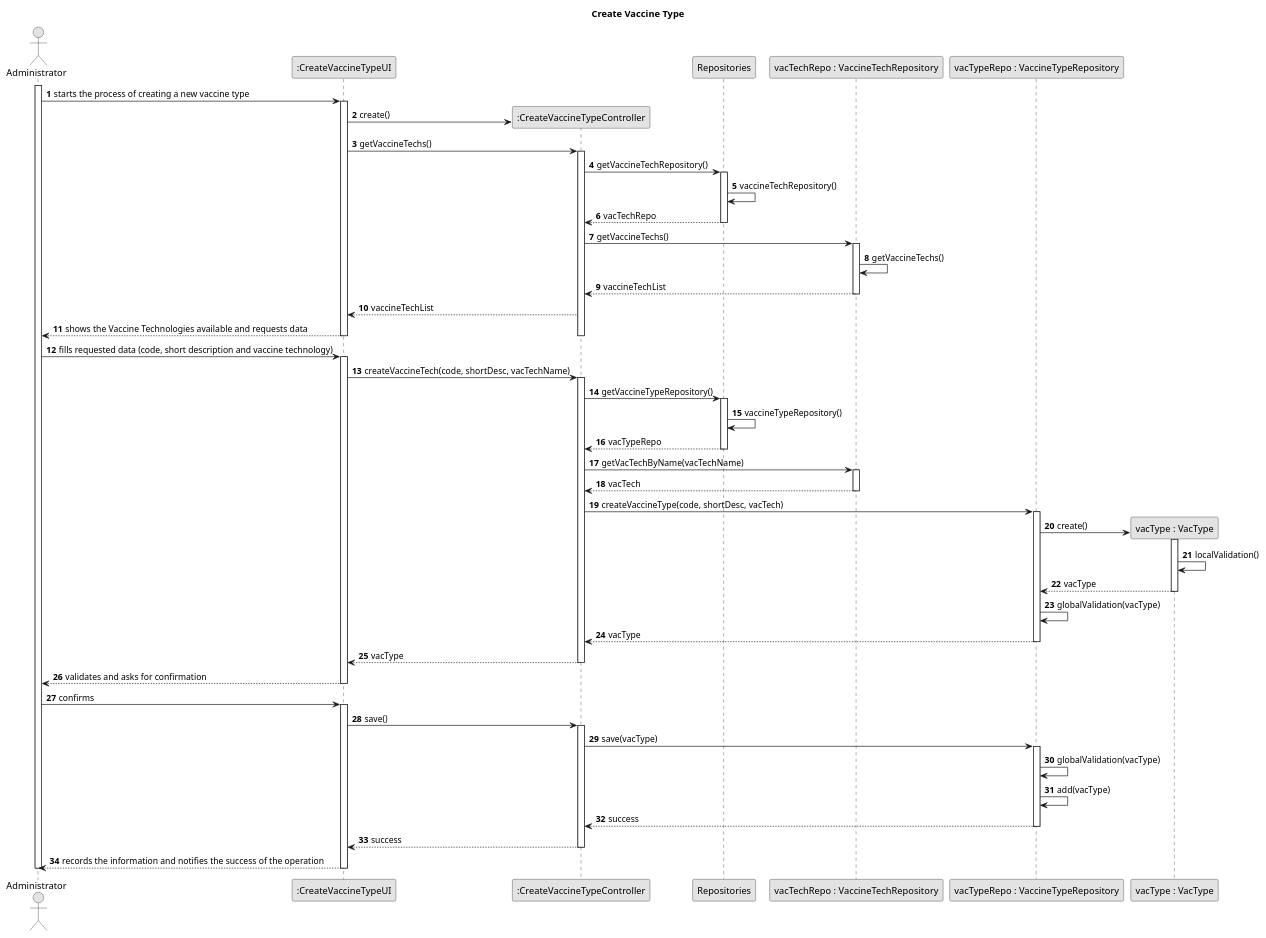
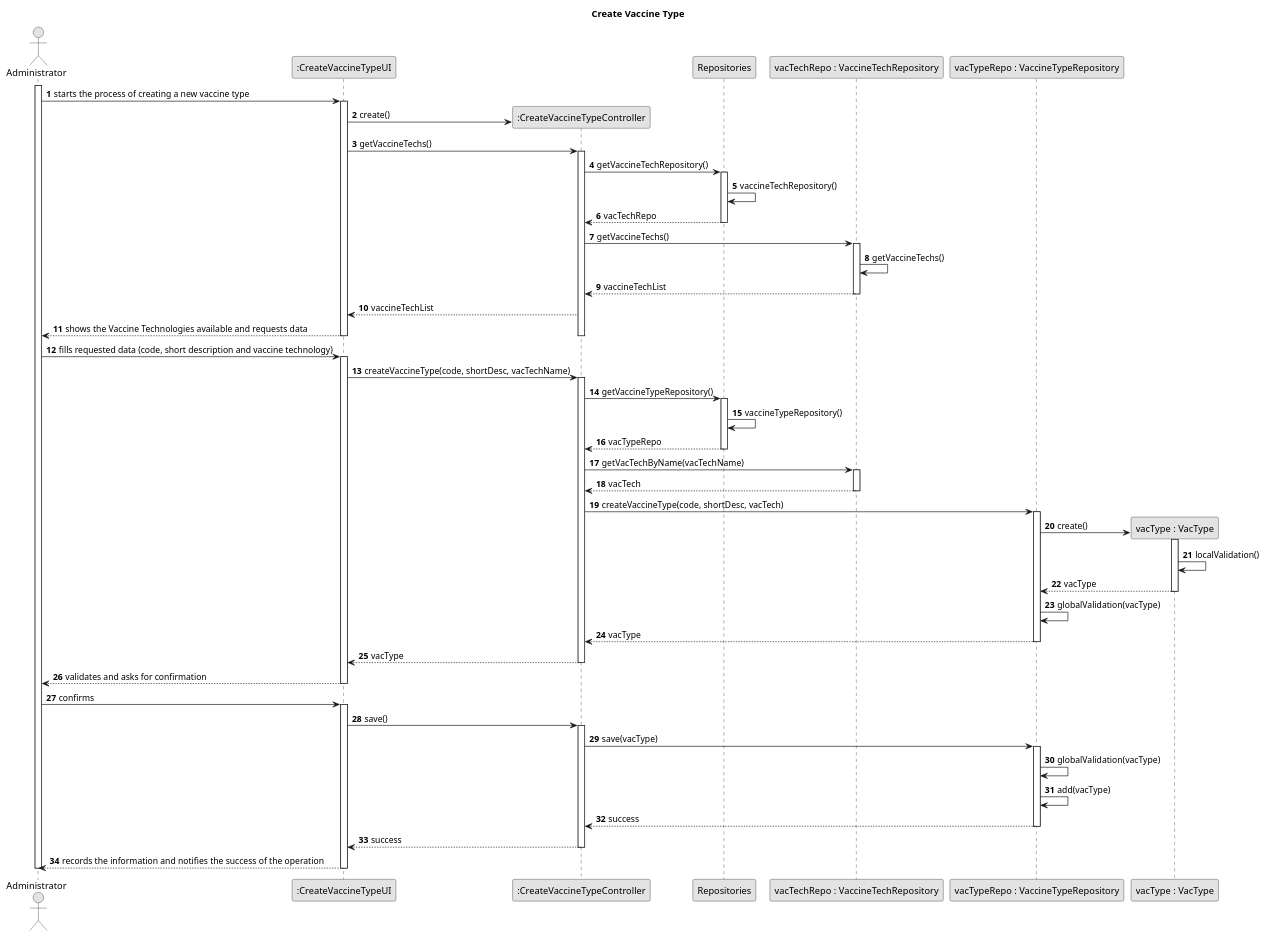
One commit to Chirano/database_project changed the diagram in sns-base/doc/use-cases/uc010/design/puml/us010-SD.puml. Above: the diagram before and after it, drawn with PlantUML. The commit also changed 13 other files, not shown here.

```diff
--- a/sns-base/doc/use-cases/uc010/design/puml/us010-SD.puml
+++ b/sns-base/doc/use-cases/uc010/design/puml/us010-SD.puml
@@ -1,84 +1,84 @@
 @startuml
 skinparam monochrome true
 skinparam packageStyle rectangle
 skinparam shadowing false
 
 title Create Vaccine Type
 
 autonumber
 
 actor Administrator
 participant ":CreateVaccineTypeUI" as ui
 participant ":CreateVaccineTypeController" as ctrl
 participant Repositories
 participant "vacTechRepo : VaccineTechRepository" as vacTechRepo
 participant "vacTypeRepo : VaccineTypeRepository" as vacTypeRepo
 participant "vacType : VacType" as vacType
 
 activate Administrator
 
     Administrator -> ui : starts the process of creating a new vaccine type
     activate ui
         ui -> ctrl** : create()
         ui -> ctrl : getVaccineTechs()
         activate ctrl
             ctrl -> Repositories : getVaccineTechRepository()
             activate Repositories
                 Repositories -> Repositories : vaccineTechRepository()
                 Repositories-->ctrl : vacTechRepo
             deactivate Repositories
             ctrl -> vacTechRepo : getVaccineTechs()
             activate vacTechRepo
                 vacTechRepo -> vacTechRepo : getVaccineTechs()
                 vacTechRepo --> ctrl : vaccineTechList
             deactivate vacTechRepo
             ctrl --> ui : vaccineTechList
             ui --> Administrator : shows the Vaccine Technologies available and requests data
         deactivate ctrl
     deactivate ui
 
     Administrator -> ui : fills requested data (code, short description and vaccine technology)
     activate ui
-        ui -> ctrl : createVaccineTech(code, shortDesc, vacTechName)
+        ui -> ctrl : createVaccineType(code, shortDesc, vacTechName)
         activate ctrl
             ctrl -> Repositories : getVaccineTypeRepository()
             activate Repositories
                 Repositories -> Repositories : vaccineTypeRepository()
                 Repositories --> ctrl : vacTypeRepo
             deactivate Repositories
             ctrl -> vacTechRepo : getVacTechByName(vacTechName)
             activate vacTechRepo
                 vacTechRepo --> ctrl : vacTech
             deactivate vacTechRepo
             ctrl -> vacTypeRepo : createVaccineType(code, shortDesc, vacTech)
             activate vacTypeRepo
                 vacTypeRepo -> vacType** : create()
                 activate vacType
                     vacType -> vacType : localValidation()
                     vacType --> vacTypeRepo : vacType
                 deactivate vacType
                 vacTypeRepo -> vacTypeRepo : globalValidation(vacType)
                 vacTypeRepo --> ctrl : vacType
             deactivate vacTypeRepo
             ctrl --> ui : vacType
         deactivate ctrl
         ui --> Administrator : validates and asks for confirmation
     deactivate ui
 
     Administrator -> ui : confirms
     activate ui
         ui -> ctrl : save()
         activate ctrl
             ctrl -> vacTypeRepo : save(vacType)
             activate vacTypeRepo
                 vacTypeRepo -> vacTypeRepo : globalValidation(vacType)
                 vacTypeRepo -> vacTypeRepo : add(vacType)
                 vacTypeRepo --> ctrl : success
             deactivate vacTypeRepo
             ctrl --> ui : success
         deactivate ctrl
         ui --> Administrator : records the information and notifies the success of the operation
     deactivate ui
 deactivate Administrator
 
 @enduml
```
